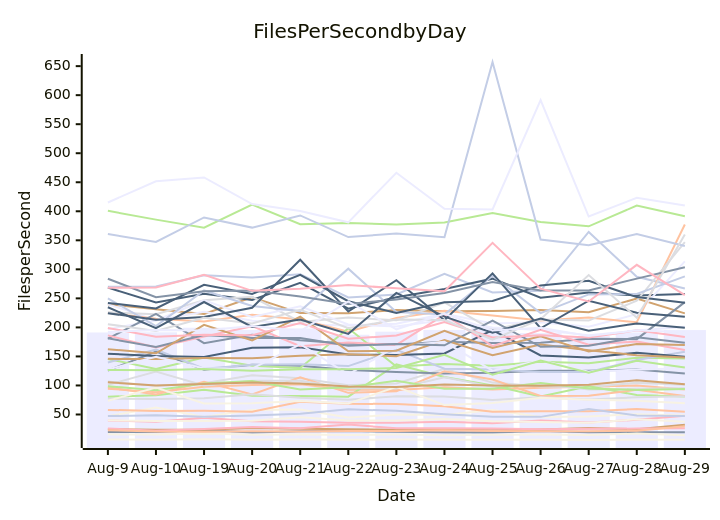
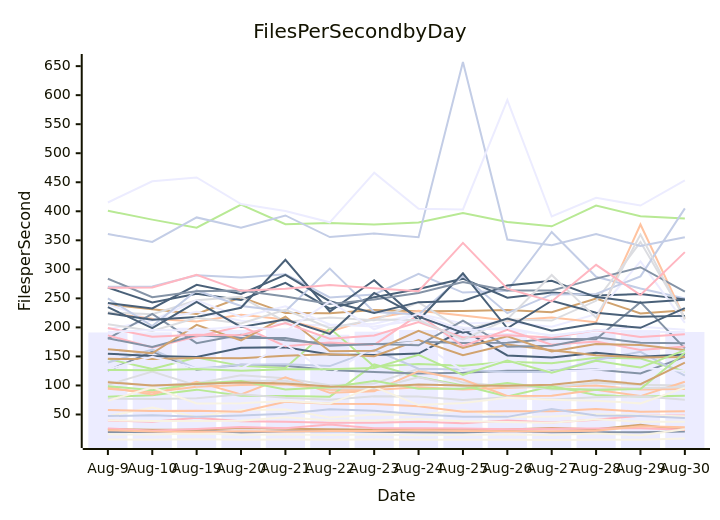
Before and after one commit to streetsidesoftware/cspell: the diagram in perf-report.md, drawn with Mermaid. The commit also changed other lines of this file and 2 other files, not shown here.

````diff
--- a/perf-report.md
+++ b/perf-report.md
@@ -11,57 +11,57 @@
 ```mermaid
 xychart-beta
     title Files Per Second by Day
     y-axis Files per Second
-    x-axis Date [Aug-9, Aug-10, Aug-19, Aug-20, Aug-21, Aug-22, Aug-23, Aug-24, Aug-25, Aug-26, Aug-27, Aug-28, Aug-29]
-    bar [191.27, 191.48, 199.45, 195.67, 198.22, 187.40, 192.61, 195.61, 200.69, 190.24, 185.15, 191.23, 195.37]
-    line [19.76, 19.87, 23.15, 18.80, 21.30, 21.70, 20.11, 19.24, 18.97, 21.74, 19.44, 19.50, 19.20]
-    line [94.45, 88.13, 97.66, 100.71, 101.93, 92.80, 92.11, 97.07, 92.83, 96.14, 97.78, 99.79, 92.99]
-    line [106.66, 99.38, 103.80, 117.71, 112.47, 100.50, 103.30, 128.71, 104.89, 98.28, 96.78, 104.60, 101.13]
-    line [80.61, 83.15, 92.81, 82.44, 81.86, 80.75, 136.22, 114.72, 99.92, 81.00, 98.60, 83.62, 80.81]
-    line [239.79, 231.09, 223.10, 252.00, 224.60, 224.17, 230.06, 227.93, 228.22, 229.99, 225.97, 249.68, 224.12]
-    line [269.81, 270.47, 289.77, 286.14, 291.59, 251.52, 256.69, 292.19, 260.02, 262.94, 364.38, 287.21, 267.07]
-    line [39.52, 37.52, 44.46, 38.46, 37.42, 35.96, 35.65, 37.61, 34.82, 39.47, 36.12, 40.86, 48.01]
-    line [268.54, 243.09, 257.77, 247.18, 276.72, 232.23, 252.08, 266.01, 283.94, 251.01, 260.27, 254.92, 257.60]
-    line [6.78, 6.60, 7.51, 6.38, 6.72, 6.55, 6.77, 6.55, 6.58, 6.64, 6.06, 6.53, 6.57]
-    line [240.17, 211.99, 227.00, 211.38, 205.51, 203.10, 206.43, 223.33, 206.89, 208.72, 201.20, 222.72, 313.85]
-    line [125.68, 158.27, 127.25, 135.61, 133.76, 126.70, 123.28, 120.42, 121.90, 125.42, 125.26, 127.33, 120.64]
-    line [225.24, 214.74, 210.02, 221.88, 213.58, 192.56, 216.27, 228.68, 220.47, 211.98, 216.89, 208.83, 377.28]
-    line [225.91, 222.58, 246.74, 252.74, 209.47, 217.12, 212.13, 242.98, 195.81, 213.43, 211.78, 245.83, 346.89]
-    line [145.75, 128.32, 148.05, 133.76, 130.09, 198.58, 132.66, 136.89, 133.84, 140.74, 138.14, 147.54, 146.55]
-    line [24.65, 23.72, 23.68, 26.94, 25.51, 24.79, 23.76, 23.53, 22.75, 24.32, 26.78, 24.44, 32.43]
-    line [139.45, 161.93, 128.87, 135.71, 136.66, 133.36, 161.38, 128.87, 127.62, 123.35, 123.11, 143.71, 157.94]
-    line [25.95, 22.03, 24.86, 28.29, 26.21, 32.71, 26.20, 26.09, 26.00, 24.43, 25.37, 25.72, 26.51]
-    line [154.75, 150.93, 149.02, 164.86, 165.64, 153.35, 152.64, 155.02, 195.52, 151.70, 148.17, 156.31, 149.39]
-    line [15.80, 15.53, 17.25, 15.28, 15.49, 14.84, 15.46, 14.39, 15.01, 15.63, 14.69, 17.08, 14.10]
-    line [196.97, 211.99, 246.59, 218.10, 236.31, 204.94, 201.38, 212.81, 200.01, 195.34, 186.50, 194.59, 201.00]
-    line [180.75, 223.35, 172.94, 187.16, 177.68, 172.01, 170.49, 175.09, 173.22, 173.59, 180.48, 179.74, 243.56]
-    line [96.93, 84.41, 106.12, 84.61, 114.12, 87.31, 89.99, 124.55, 110.24, 81.92, 82.24, 92.49, 81.67]
-    line [77.16, 76.75, 77.91, 84.91, 78.76, 75.34, 81.46, 80.77, 74.97, 79.78, 75.90, 79.64, 81.40]
-    line [400.74, 385.62, 371.65, 411.46, 377.61, 379.88, 377.18, 380.64, 396.91, 381.52, 374.08, 409.79, 391.59]
-    line [145.79, 145.58, 147.10, 147.08, 151.07, 153.94, 150.27, 178.09, 152.08, 170.66, 160.71, 152.01, 148.28]
-    line [249.96, 202.34, 263.67, 236.99, 228.06, 301.20, 226.40, 222.40, 289.06, 224.56, 256.87, 257.70, 287.97]
-    line [186.27, 165.43, 184.07, 202.12, 167.51, 173.85, 169.85, 221.75, 167.75, 195.90, 170.00, 175.89, 161.05]
-    line [224.37, 213.27, 217.89, 233.79, 316.48, 227.32, 281.23, 212.31, 293.11, 198.49, 245.94, 225.24, 218.17]
-    line [47.00, 61.84, 45.89, 57.63, 58.67, 44.77, 49.92, 49.06, 57.90, 45.60, 46.71, 50.51, 48.37]
-    line [127.47, 149.55, 129.16, 129.10, 170.99, 119.13, 167.47, 175.06, 125.57, 143.51, 123.67, 127.21, 130.16]
-    line [181.18, 166.12, 186.93, 181.85, 181.88, 168.34, 171.35, 169.12, 211.70, 166.64, 168.34, 182.86, 173.63]
-    line [57.90, 56.15, 56.35, 54.76, 71.89, 68.47, 68.09, 64.39, 54.76, 55.64, 55.71, 59.28, 54.85]
-    line [101.07, 123.80, 99.87, 108.06, 107.98, 95.34, 94.96, 114.12, 97.84, 103.09, 93.25, 94.27, 95.28]
-    line [98.84, 91.76, 103.43, 107.49, 93.08, 97.11, 107.90, 94.53, 94.47, 104.38, 94.67, 92.38, 93.95]
-    line [162.48, 155.40, 204.32, 177.59, 218.64, 159.00, 159.79, 194.26, 164.45, 184.75, 158.60, 171.47, 169.60]
-    line [360.76, 347.31, 389.41, 371.89, 392.82, 355.53, 361.83, 355.43, 657.12, 351.25, 341.51, 360.76, 340.11]
-    line [198.91, 184.05, 187.41, 186.67, 207.48, 180.49, 185.92, 209.38, 182.67, 186.49, 182.43, 194.97, 183.27]
-    line [242.10, 232.62, 273.32, 257.69, 290.62, 245.10, 224.83, 243.49, 245.36, 272.30, 280.33, 252.18, 242.64]
-    line [73.60, 96.61, 68.89, 69.48, 73.38, 68.77, 97.84, 66.15, 69.59, 78.77, 75.57, 73.80, 69.15]
-    line [415.14, 451.69, 458.22, 412.53, 400.53, 380.98, 466.37, 404.40, 403.18, 591.49, 390.96, 423.25, 409.89]
-    line [283.77, 252.09, 262.36, 263.68, 253.37, 240.18, 248.22, 259.20, 278.18, 263.50, 263.68, 284.05, 303.63]
-    line [22.84, 20.59, 20.47, 21.22, 20.90, 21.42, 21.40, 22.88, 21.36, 21.22, 21.19, 22.04, 29.75]
-    line [205.56, 193.98, 216.67, 206.61, 230.20, 198.53, 213.69, 212.64, 179.07, 214.07, 290.22, 216.81, 359.94]
-    line [126.64, 126.17, 128.45, 125.27, 127.94, 127.77, 130.20, 152.67, 118.34, 143.02, 122.15, 142.33, 130.77]
-    line [105.46, 100.11, 102.43, 104.89, 103.21, 98.21, 97.36, 101.78, 100.00, 99.58, 101.28, 109.08, 102.06]
-    line [47.26, 48.66, 46.00, 48.26, 51.42, 58.83, 56.30, 50.38, 45.97, 45.91, 59.43, 48.16, 47.53]
-    line [268.09, 268.70, 290.78, 262.94, 266.60, 272.93, 267.45, 262.37, 345.57, 266.69, 244.68, 307.76, 255.74]
-    line [234.76, 198.61, 243.75, 200.90, 213.71, 188.91, 259.37, 218.53, 190.79, 215.33, 194.36, 206.72, 199.24]
-    line [39.98, 38.63, 38.64, 39.11, 45.24, 39.50, 39.66, 42.07, 38.23, 36.94, 35.58, 41.81, 37.53]
-    line [192.03, 195.48, 194.87, 202.54, 193.62, 244.63, 196.70, 223.56, 194.58, 199.46, 185.25, 194.89, 191.72]
+    x-axis Date [Aug-9, Aug-10, Aug-19, Aug-20, Aug-21, Aug-22, Aug-23, Aug-24, Aug-25, Aug-26, Aug-27, Aug-28, Aug-29, Aug-30]
+    bar [191.27, 191.48, 199.45, 195.67, 198.22, 187.40, 192.61, 195.61, 200.69, 190.24, 185.15, 191.23, 195.37, 192.00]
+    line [19.76, 19.87, 23.15, 18.80, 21.30, 21.70, 20.11, 19.24, 18.97, 21.74, 19.44, 19.50, 19.20, 20.52]
+    line [94.45, 88.13, 97.66, 100.71, 101.93, 92.80, 92.11, 97.07, 92.83, 96.14, 97.78, 99.79, 92.99, 93.93]
+    line [106.66, 99.38, 103.80, 117.71, 112.47, 100.50, 103.30, 128.71, 104.89, 98.28, 96.78, 104.60, 101.13, 100.00]
+    line [80.61, 83.15, 92.81, 82.44, 81.86, 80.75, 136.22, 114.72, 99.92, 81.00, 98.60, 83.62, 80.81, 82.09]
+    line [239.79, 231.09, 223.10, 252.00, 224.60, 224.17, 230.06, 227.93, 228.22, 229.99, 225.97, 249.68, 224.12, 229.73]
+    line [269.81, 270.47, 289.77, 286.14, 291.59, 251.52, 256.69, 292.19, 260.02, 262.94, 364.38, 287.21, 267.07, 249.93]
+    line [39.52, 37.52, 44.46, 38.46, 37.42, 35.96, 35.65, 37.61, 34.82, 39.47, 36.12, 40.86, 48.01, 48.34]
+    line [268.54, 243.09, 257.77, 247.18, 276.72, 232.23, 252.08, 266.01, 283.94, 251.01, 260.27, 254.92, 257.60, 248.26]
+    line [6.78, 6.60, 7.51, 6.38, 6.72, 6.55, 6.77, 6.55, 6.58, 6.64, 6.06, 6.53, 6.57, 8.81]
+    line [240.17, 211.99, 227.00, 211.38, 205.51, 203.10, 206.43, 223.33, 206.89, 208.72, 201.20, 222.72, 313.85, 207.87]
+    line [125.68, 158.27, 127.25, 135.61, 133.76, 126.70, 123.28, 120.42, 121.90, 125.42, 125.26, 127.33, 120.64, 149.29]
+    line [225.24, 214.74, 210.02, 221.88, 213.58, 192.56, 216.27, 228.68, 220.47, 211.98, 216.89, 208.83, 377.28, 215.12]
+    line [225.91, 222.58, 246.74, 252.74, 209.47, 217.12, 212.13, 242.98, 195.81, 213.43, 211.78, 245.83, 346.89, 217.15]
+    line [145.75, 128.32, 148.05, 133.76, 130.09, 198.58, 132.66, 136.89, 133.84, 140.74, 138.14, 147.54, 146.55, 123.90]
+    line [24.65, 23.72, 23.68, 26.94, 25.51, 24.79, 23.76, 23.53, 22.75, 24.32, 26.78, 24.44, 32.43, 23.34]
+    line [139.45, 161.93, 128.87, 135.71, 136.66, 133.36, 161.38, 128.87, 127.62, 123.35, 123.11, 143.71, 157.94, 116.78]
+    line [25.95, 22.03, 24.86, 28.29, 26.21, 32.71, 26.20, 26.09, 26.00, 24.43, 25.37, 25.72, 26.51, 23.69]
+    line [154.75, 150.93, 149.02, 164.86, 165.64, 153.35, 152.64, 155.02, 195.52, 151.70, 148.17, 156.31, 149.39, 153.24]
+    line [15.80, 15.53, 17.25, 15.28, 15.49, 14.84, 15.46, 14.39, 15.01, 15.63, 14.69, 17.08, 14.10, 24.71]
+    line [196.97, 211.99, 246.59, 218.10, 236.31, 204.94, 201.38, 212.81, 200.01, 195.34, 186.50, 194.59, 201.00, 196.09]
+    line [180.75, 223.35, 172.94, 187.16, 177.68, 172.01, 170.49, 175.09, 173.22, 173.59, 180.48, 179.74, 243.56, 163.85]
+    line [96.93, 84.41, 106.12, 84.61, 114.12, 87.31, 89.99, 124.55, 110.24, 81.92, 82.24, 92.49, 81.67, 106.46]
+    line [77.16, 76.75, 77.91, 84.91, 78.76, 75.34, 81.46, 80.77, 74.97, 79.78, 75.90, 79.64, 81.40, 75.26]
+    line [400.74, 385.62, 371.65, 411.46, 377.61, 379.88, 377.18, 380.64, 396.91, 381.52, 374.08, 409.79, 391.59, 387.78]
+    line [145.79, 145.58, 147.10, 147.08, 151.07, 153.94, 150.27, 178.09, 152.08, 170.66, 160.71, 152.01, 148.28, 148.86]
+    line [249.96, 202.34, 263.67, 236.99, 228.06, 301.20, 226.40, 222.40, 289.06, 224.56, 256.87, 257.70, 287.97, 405.01]
+    line [186.27, 165.43, 184.07, 202.12, 167.51, 173.85, 169.85, 221.75, 167.75, 195.90, 170.00, 175.89, 161.05, 167.30]
+    line [224.37, 213.27, 217.89, 233.79, 316.48, 227.32, 281.23, 212.31, 293.11, 198.49, 245.94, 225.24, 218.17, 219.85]
+    line [47.00, 61.84, 45.89, 57.63, 58.67, 44.77, 49.92, 49.06, 57.90, 45.60, 46.71, 50.51, 48.37, 46.86]
+    line [127.47, 149.55, 129.16, 129.10, 170.99, 119.13, 167.47, 175.06, 125.57, 143.51, 123.67, 127.21, 130.16, 124.81]
+    line [181.18, 166.12, 186.93, 181.85, 181.88, 168.34, 171.35, 169.12, 211.70, 166.64, 168.34, 182.86, 173.63, 172.80]
+    line [57.90, 56.15, 56.35, 54.76, 71.89, 68.47, 68.09, 64.39, 54.76, 55.64, 55.71, 59.28, 54.85, 55.58]
+    line [101.07, 123.80, 99.87, 108.06, 107.98, 95.34, 94.96, 114.12, 97.84, 103.09, 93.25, 94.27, 95.28, 97.19]
+    line [98.84, 91.76, 103.43, 107.49, 93.08, 97.11, 107.90, 94.53, 94.47, 104.38, 94.67, 92.38, 93.95, 156.48]
+    line [162.48, 155.40, 204.32, 177.59, 218.64, 159.00, 159.79, 194.26, 164.45, 184.75, 158.60, 171.47, 169.60, 161.14]
+    line [360.76, 347.31, 389.41, 371.89, 392.82, 355.53, 361.83, 355.43, 657.12, 351.25, 341.51, 360.76, 340.11, 355.45]
+    line [198.91, 184.05, 187.41, 186.67, 207.48, 180.49, 185.92, 209.38, 182.67, 186.49, 182.43, 194.97, 183.27, 188.20]
+    line [242.10, 232.62, 273.32, 257.69, 290.62, 245.10, 224.83, 243.49, 245.36, 272.30, 280.33, 252.18, 242.64, 247.80]
+    line [73.60, 96.61, 68.89, 69.48, 73.38, 68.77, 97.84, 66.15, 69.59, 78.77, 75.57, 73.80, 69.15, 96.26]
+    line [415.14, 451.69, 458.22, 412.53, 400.53, 380.98, 466.37, 404.40, 403.18, 591.49, 390.96, 423.25, 409.89, 453.09]
+    line [283.77, 252.09, 262.36, 263.68, 253.37, 240.18, 248.22, 259.20, 278.18, 263.50, 263.68, 284.05, 303.63, 261.54]
+    line [22.84, 20.59, 20.47, 21.22, 20.90, 21.42, 21.40, 22.88, 21.36, 21.22, 21.19, 22.04, 29.75, 27.90]
+    line [205.56, 193.98, 216.67, 206.61, 230.20, 198.53, 213.69, 212.64, 179.07, 214.07, 290.22, 216.81, 359.94, 213.63]
+    line [126.64, 126.17, 128.45, 125.27, 127.94, 127.77, 130.20, 152.67, 118.34, 143.02, 122.15, 142.33, 130.77, 160.87]
+    line [105.46, 100.11, 102.43, 104.89, 103.21, 98.21, 97.36, 101.78, 100.00, 99.58, 101.28, 109.08, 102.06, 139.16]
+    line [47.26, 48.66, 46.00, 48.26, 51.42, 58.83, 56.30, 50.38, 45.97, 45.91, 59.43, 48.16, 47.53, 44.12]
+    line [268.09, 268.70, 290.78, 262.94, 266.60, 272.93, 267.45, 262.37, 345.57, 266.69, 244.68, 307.76, 255.74, 329.69]
+    line [234.76, 198.61, 243.75, 200.90, 213.71, 188.91, 259.37, 218.53, 190.79, 215.33, 194.36, 206.72, 199.24, 233.19]
+    line [39.98, 38.63, 38.64, 39.11, 45.24, 39.50, 39.66, 42.07, 38.23, 36.94, 35.58, 41.81, 37.53, 37.28]
+    line [192.03, 195.48, 194.87, 202.54, 193.62, 244.63, 196.70, 223.56, 194.58, 199.46, 185.25, 194.89, 191.72, 192.45]
 ```
````
